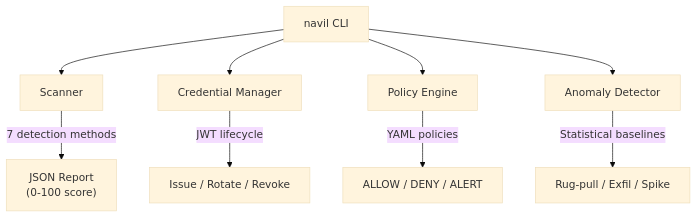
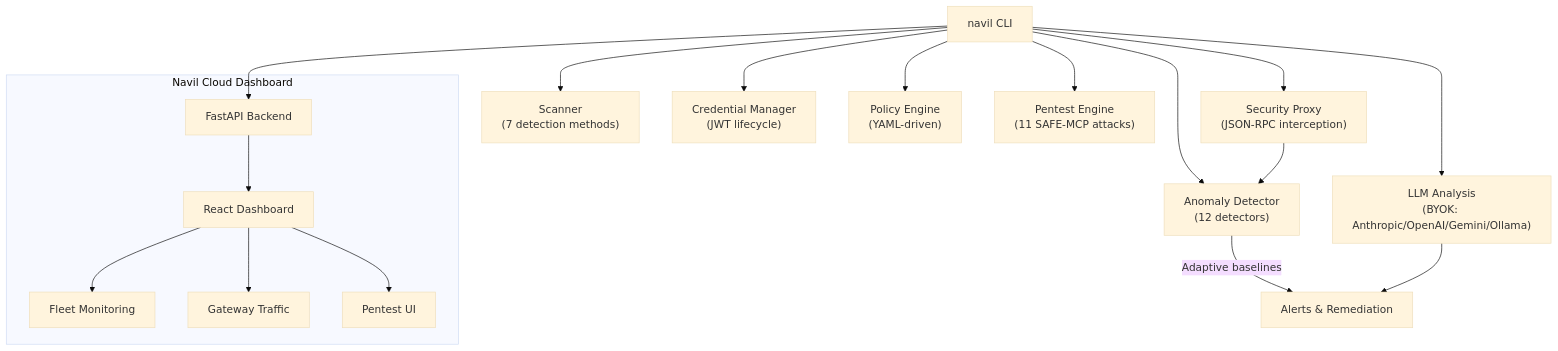
One commit to ivanlkf/navil changed the diagram in README.md. Above: the diagram before and after it, drawn with Mermaid (base theme). The commit also changed other lines of this file and 108 other files, not shown here.

First line of the commit message:
feat: navil v0.1.0 — MCP security toolkit with proxy, pentest, LLM, and dashboard

````diff
--- a/README.md
+++ b/README.md
@@ -13,12 +13,23 @@
 ```mermaid
 graph TD
-    CLI["navil CLI"] --> Scanner["Scanner"]
-    CLI --> CredMgr["Credential Manager"]
-    CLI --> Policy["Policy Engine"]
-    CLI --> Anomaly["Anomaly Detector"]
+    CLI["navil CLI"] --> Scanner["Scanner\n(7 detection methods)"]
+    CLI --> CredMgr["Credential Manager\n(JWT lifecycle)"]
+    CLI --> Policy["Policy Engine\n(YAML-driven)"]
+    CLI --> Anomaly["Anomaly Detector\n(12 detectors)"]
+    CLI --> Proxy["Security Proxy\n(JSON-RPC interception)"]
+    CLI --> Pentest["Pentest Engine\n(11 SAFE-MCP attacks)"]
+    CLI --> LLM["LLM Analysis\n(BYOK: Anthropic/OpenAI/Gemini/Ollama)"]
 
-    Scanner -- "7 detection methods" --> Report["JSON Report\n(0-100 score)"]
-    CredMgr -- "JWT lifecycle" --> Tokens["Issue / Rotate / Revoke"]
-    Policy -- "YAML policies" --> Decision["ALLOW / DENY / ALERT"]
-    Anomaly -- "Statistical baselines" --> Alerts["Rug-pull / Exfil / Spike"]
+    Proxy --> Anomaly
+    Anomaly -- "Adaptive baselines" --> Alerts["Alerts & Remediation"]
+    LLM --> Alerts
+
+    subgraph Cloud["Navil Cloud Dashboard"]
+        API["FastAPI Backend"] --> Dashboard["React Dashboard"]
+        Dashboard --> Fleet["Fleet Monitoring"]
+        Dashboard --> Gateway["Gateway Traffic"]
+        Dashboard --> PentestUI["Pentest UI"]
+    end
+
+    CLI --> API
 ```
````
